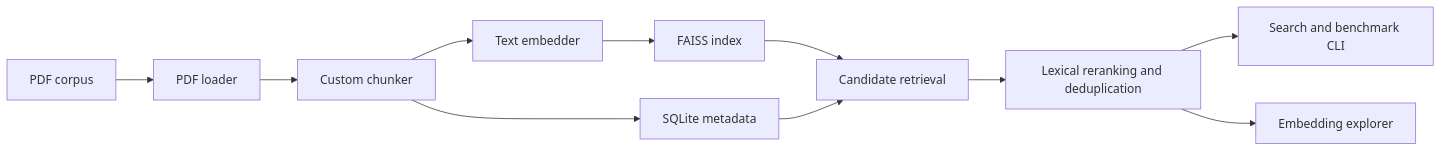
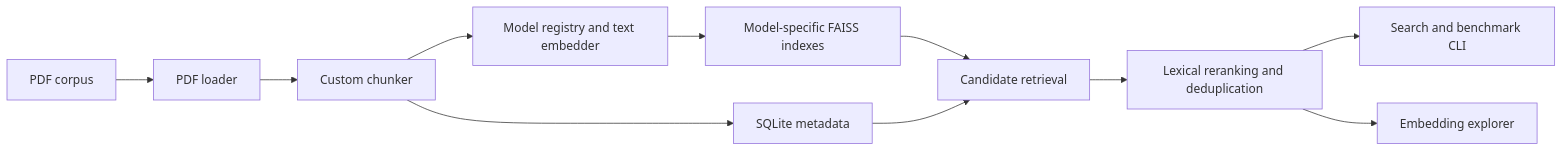
Before and after one commit to TomiHeikkinen96/Embedded-Rag-Evaluation-Platform: the diagram in docs/architecture.md, drawn with Mermaid. The commit also changed other lines of this file and 21 other files, not shown here.

````diff
--- a/docs/architecture.md
+++ b/docs/architecture.md
@@ -14,13 +14,13 @@
 ```mermaid
 flowchart LR
     PDF["PDF corpus"] --> LOADER["PDF loader"]
     LOADER --> CHUNKER["Custom chunker"]
-    CHUNKER --> EMBEDDER["Text embedder"]
-    EMBEDDER --> FAISS["FAISS index"]
+    CHUNKER --> EMBEDDER["Model registry and text embedder"]
+    EMBEDDER --> FAISS["Model-specific FAISS indexes"]
     CHUNKER --> DB["SQLite metadata"]
     FAISS --> RETRIEVE["Candidate retrieval"]
     DB --> RETRIEVE
     RETRIEVE --> RERANK["Lexical reranking and deduplication"]
     RERANK --> CLI["Search and benchmark CLI"]
     RERANK --> VIZ["Embedding explorer"]
 ```
````
